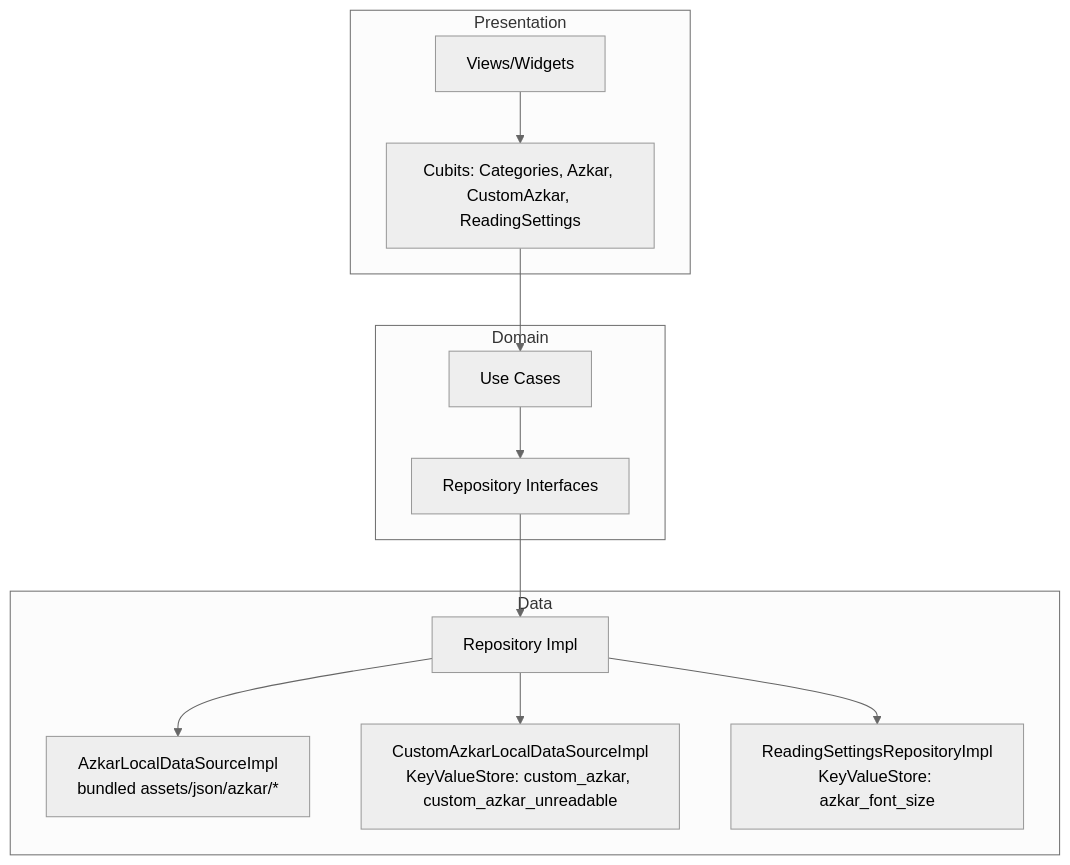
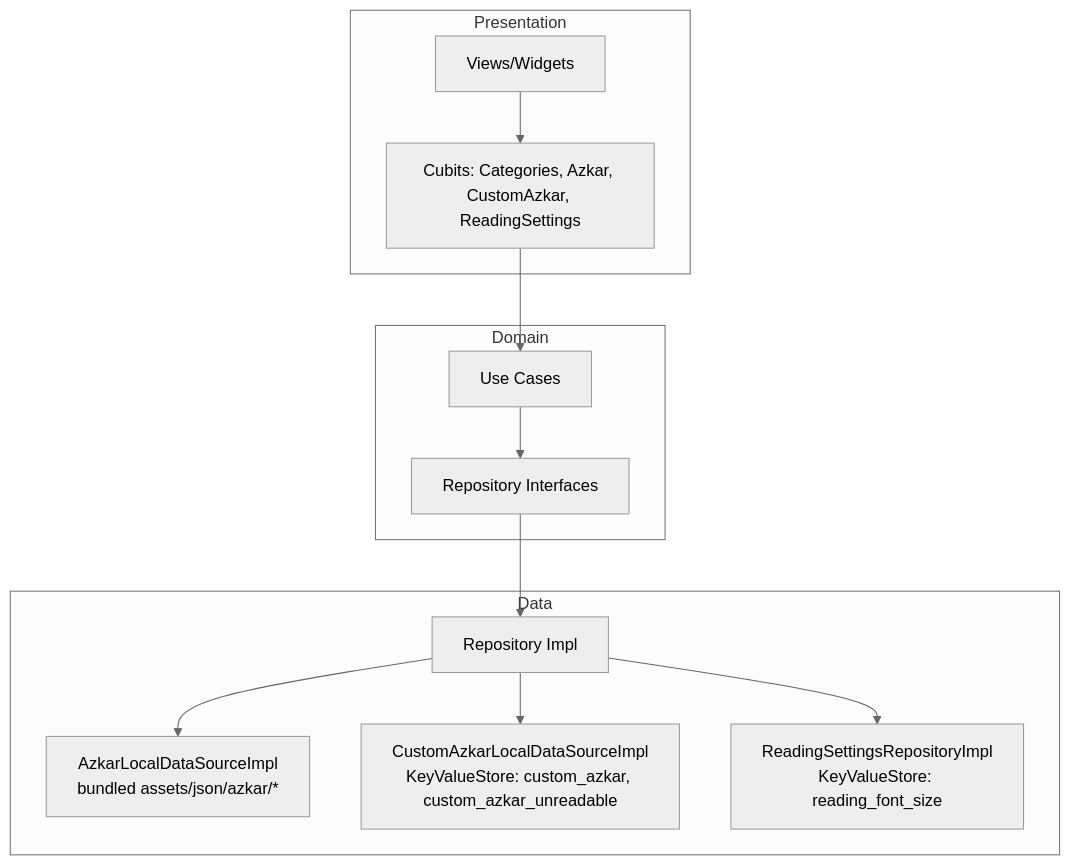
One commit to Korya0/Sana changed the first of 2 diagrams in docs/features/azkar/README.md. Above: the diagram before and after it, drawn with Mermaid (neutral theme). The commit also changed other lines of this file and 6 other files, not shown here.

Commit message:
refactor(storage): rename azkar-specific settings keys to generic reading settings

````diff
--- a/docs/features/azkar/README.md
+++ b/docs/features/azkar/README.md
@@ -31,15 +31,15 @@
 ```mermaid
 flowchart TB
   subgraph Presentation
     V[Views/Widgets] --> C[Cubits: Categories, Azkar, CustomAzkar, ReadingSettings]
   end
   subgraph Domain
     C --> UC[Use Cases] --> IR[Repository Interfaces]
   end
   subgraph Data
     IR --> RImpl[Repository Impl]
     RImpl --> ADS[AzkarLocalDataSourceImpl\nbundled assets/json/azkar/*]
     RImpl --> CDS[CustomAzkarLocalDataSourceImpl\nKeyValueStore: custom_azkar, custom_azkar_unreadable]
-    RImpl --> RS[ReadingSettingsRepositoryImpl\nKeyValueStore: azkar_font_size]
+    RImpl --> RS[ReadingSettingsRepositoryImpl\nKeyValueStore: reading_font_size]
   end
 ```
````
